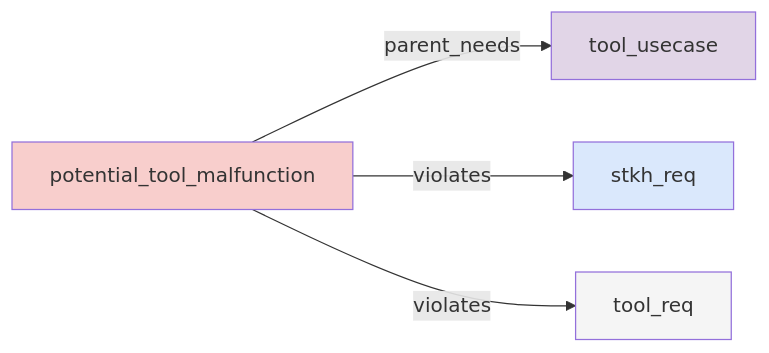
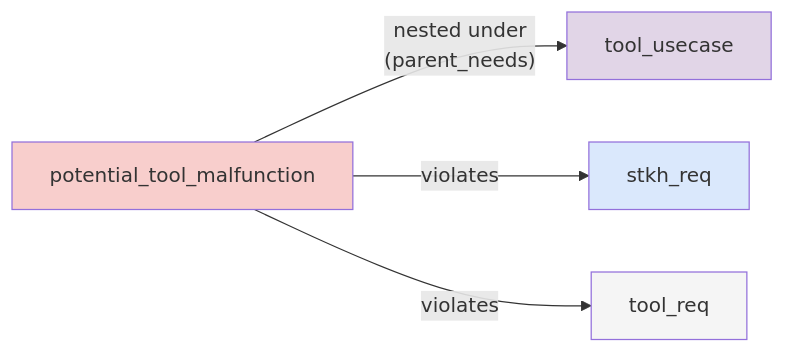
Before and after one commit to etas-contrib/score_docs-as-code: the fourth of 14 diagrams in docs/how-to/perform_tool_verification.md, drawn with Mermaid. The commit also changed other lines of this file and 11 other files, not shown here.

````diff
--- a/docs/how-to/perform_tool_verification.md
+++ b/docs/how-to/perform_tool_verification.md
@@ -320,16 +328,16 @@
 ```{mermaid}
 flowchart LR
     UC["tool_usecase"]
     PM["potential_tool_malfunction"]
     STKH["stkh_req"]
     TR["tool_req"]
 
-    PM -->|"parent_needs"| UC
+    PM -->|"nested under<br/>(parent_needs)"| UC
     PM -->|"violates"| STKH
     PM -->|"violates"| TR
 
     style UC fill:#E1D5E7
     style PM fill:#F8CECC
     style STKH fill:#DAE8FC
     style TR fill:#F5F5F5
 ```
````
